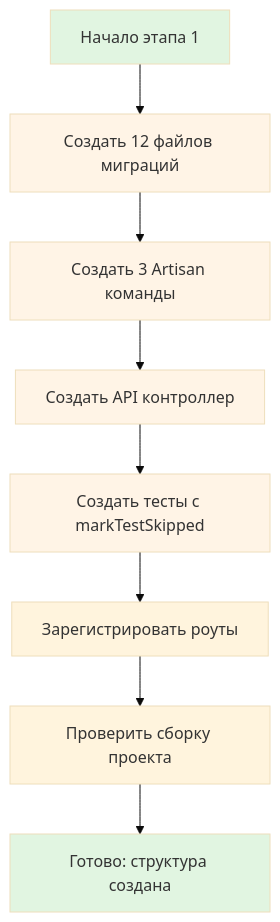
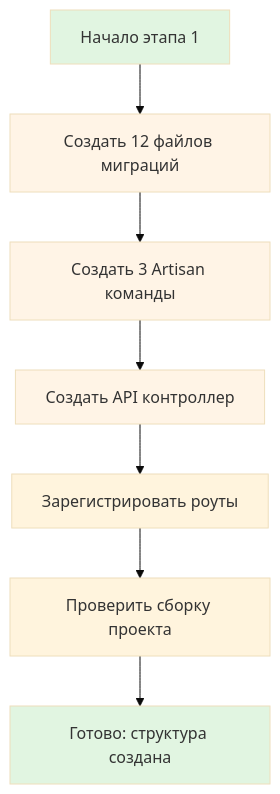
Before and after one commit to vendelev/MyDrevo: the first of 3 diagrams in Doc/Issue/2026/01/TZ1_01_Database-Schema-Migration-MySQL-to-SQLite/Stages/Stage1_TaskForDev.md, drawn with Mermaid (base theme). The commit also changed other lines of this file and 1 other file, not shown here.

````diff
--- a/Doc/Issue/2026/01/TZ1_01_Database-Schema-Migration-MySQL-to-SQLite/Stages/Stage1_TaskForDev.md
+++ b/Doc/Issue/2026/01/TZ1_01_Database-Schema-Migration-MySQL-to-SQLite/Stages/Stage1_TaskForDev.md
@@ -108,17 +93,15 @@
 ```mermaid
 flowchart TD
     Start[Начало этапа 1] --> CreateMigrations[Создать 12 файлов миграций]
     CreateMigrations --> CreateCommands[Создать 3 Artisan команды]
     CreateCommands --> CreateController[Создать API контроллер]
-    CreateController --> CreateTests[Создать тесты с markTestSkipped]
-    CreateTests --> RegisterRoutes[Зарегистрировать роуты]
+    CreateController --> RegisterRoutes[Зарегистрировать роуты]
     RegisterRoutes --> Verify[Проверить сборку проекта]
     Verify --> End[Готово: структура создана]
 
     style Start fill:#e1f5e1
     style End fill:#e1f5e1
     style CreateMigrations fill:#fff4e6
     style CreateCommands fill:#fff4e6
     style CreateController fill:#fff4e6
-    style CreateTests fill:#fff4e6
 ```
````
